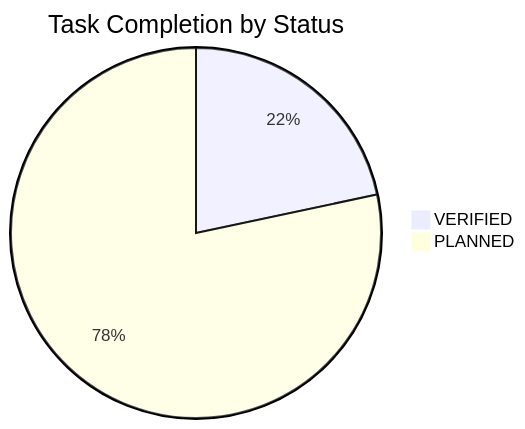
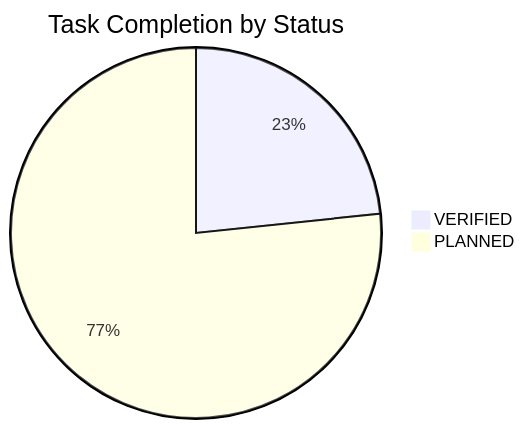
One commit to NguyenTriBaoThang/ClearWayAI changed the diagram in docs/TASK_BOARD.md. Above: the diagram before and after it, drawn with Mermaid. The commit also changed other lines of this file and 4 other files, not shown here.

````diff
--- a/docs/TASK_BOARD.md
+++ b/docs/TASK_BOARD.md
@@ -16,5 +16,5 @@
 ```mermaid
 pie title Task Completion by Status
-    "VERIFIED" : 13
-    "PLANNED" : 47
+    "VERIFIED" : 14
+    "PLANNED" : 46
 ```
````
